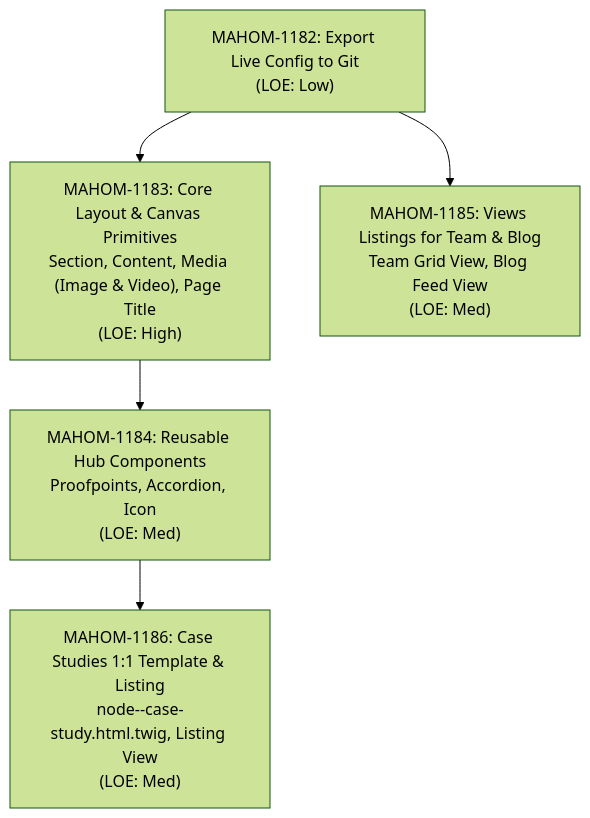
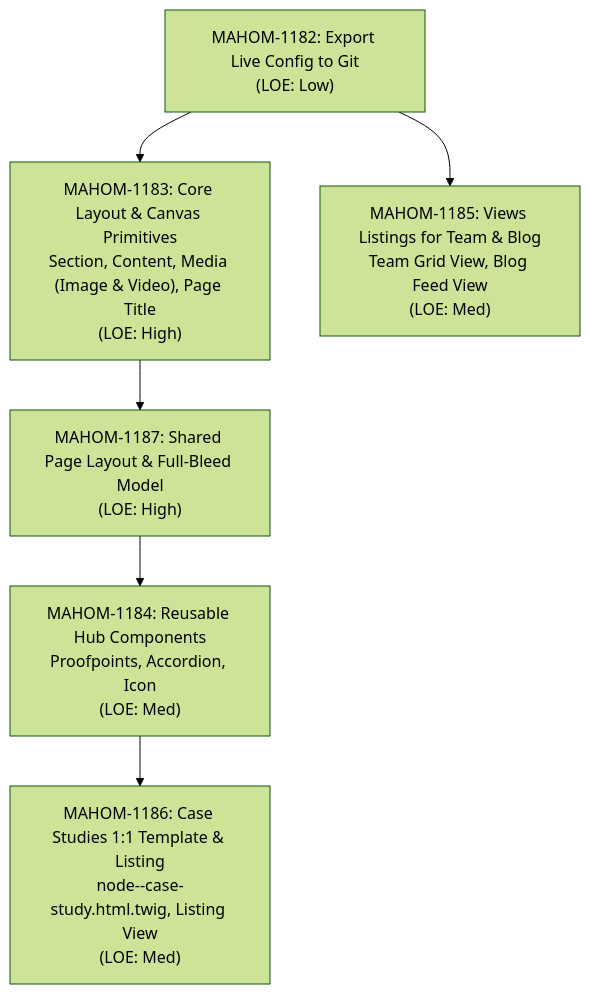
One commit to CivicActions/civicactions changed the diagram in docs/plans/component-migration.md. Above: the diagram before and after it, drawn with Mermaid (forest theme). The commit also changed other lines of this file and 1 other file, not shown here.

Commit message:
docs: reconcile component migration plan (MAHOM-1183)

````diff
--- a/docs/plans/component-migration.md
+++ b/docs/plans/component-migration.md
@@ -77,13 +80,15 @@
 ```mermaid
 flowchart TD
     D0["MAHOM-1182: Export Live Config to Git\n(LOE: Low)"]
     I1["MAHOM-1183: Core Layout & Canvas Primitives\nSection, Content, Media (Image & Video), Page Title\n(LOE: High)"]
+    I15["MAHOM-1187: Shared Page Layout & Full-Bleed Model\n(LOE: High)"]
     I2["MAHOM-1184: Reusable Hub Components\nProofpoints, Accordion, Icon\n(LOE: Med)"]
     I3["MAHOM-1185: Views Listings for Team & Blog\nTeam Grid View, Blog Feed View\n(LOE: Med)"]
     I4["MAHOM-1186: Case Studies 1:1 Template & Listing\nnode--case-study.html.twig, Listing View\n(LOE: Med)"]
 
     D0 --> I1
     D0 --> I3
-    I1 --> I2
+    I1 --> I15
+    I15 --> I2
     I2 --> I4
 ```
````
